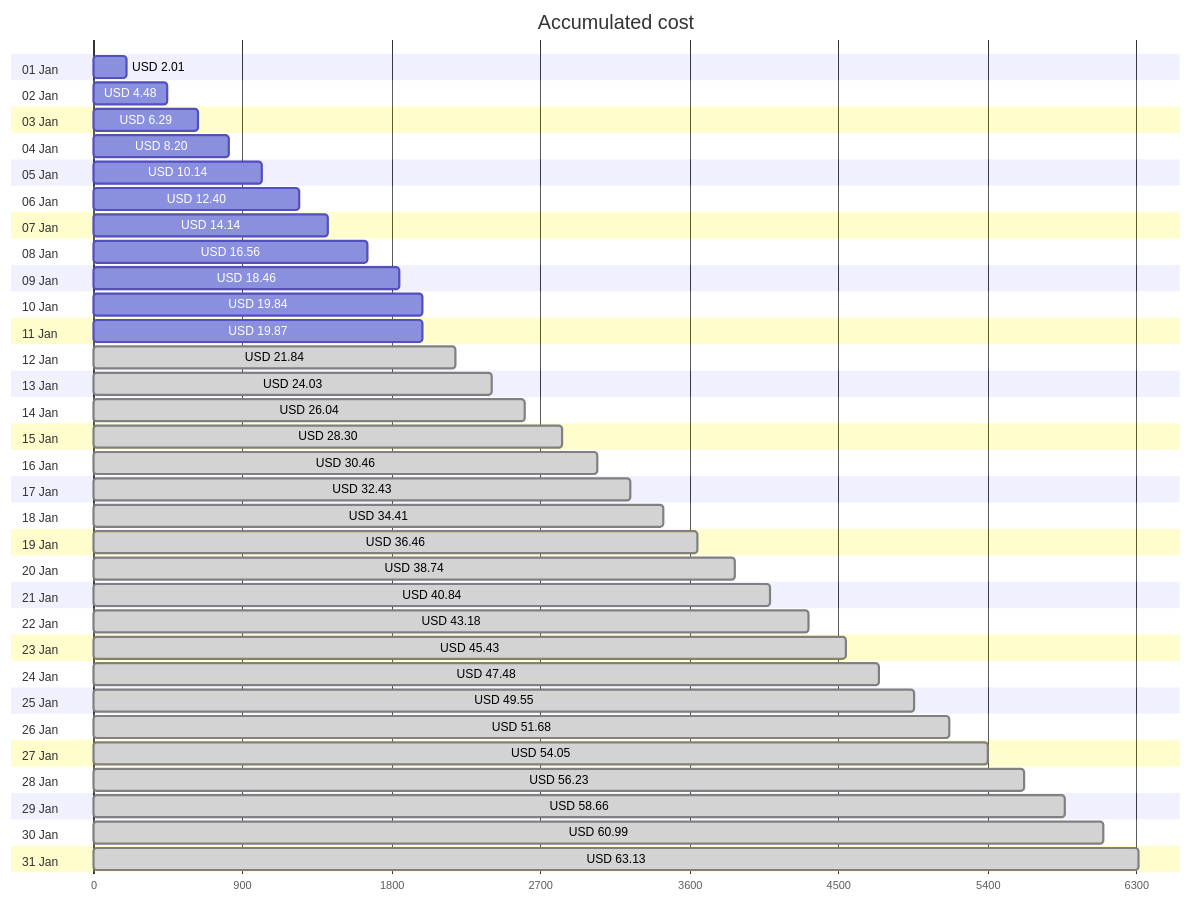
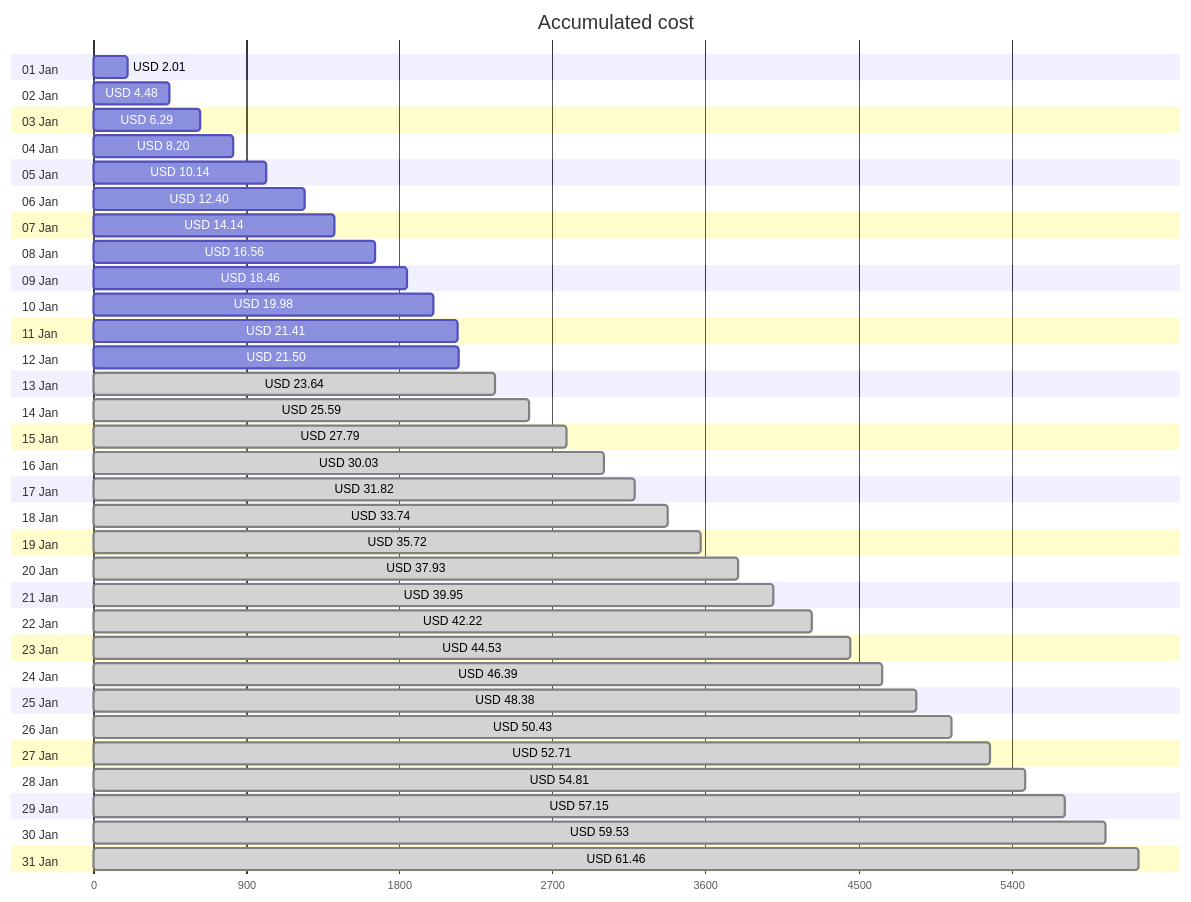
The first of 4 diagrams in cost-reports/personal-network/README.md (jpfulton/azure-personal-reports), drawn with Mermaid before and after one commit. The commit also changed other lines of this file and 8 other files, not shown here.

````diff
--- a/cost-reports/personal-network/README.md
+++ b/cost-reports/personal-network/README.md
@@ -20,68 +20,68 @@
 ```mermaid
 gantt
    title Accumulated cost
    dateFormat  X
    axisFormat %s
    section 01 Jan
    USD 2.01 :0, 201
    section 02 Jan
    USD 4.48 :0, 448
    section 03 Jan
    USD 6.29 :0, 629
    section 04 Jan
    USD 8.20 :0, 820
    section 05 Jan
    USD 10.14 :0, 1014
    section 06 Jan
    USD 12.40 :0, 1240
    section 07 Jan
    USD 14.14 :0, 1414
    section 08 Jan
    USD 16.56 :0, 1656
    section 09 Jan
    USD 18.46 :0, 1846
    section 10 Jan
-   USD 19.84 :0, 1984
+   USD 19.98 :0, 1998
    section 11 Jan
-   USD 19.87 :0, 1987
+   USD 21.41 :0, 2141
    section 12 Jan
-   USD 21.84 : done, 0, 2184
+   USD 21.50 :0, 2150
    section 13 Jan
-   USD 24.03 : done, 0, 2403
+   USD 23.64 : done, 0, 2364
    section 14 Jan
-   USD 26.04 : done, 0, 2604
+   USD 25.59 : done, 0, 2559
    section 15 Jan
-   USD 28.30 : done, 0, 2830
+   USD 27.79 : done, 0, 2779
    section 16 Jan
-   USD 30.46 : done, 0, 3046
+   USD 30.03 : done, 0, 3003
    section 17 Jan
-   USD 32.43 : done, 0, 3243
+   USD 31.82 : done, 0, 3182
    section 18 Jan
-   USD 34.41 : done, 0, 3441
+   USD 33.74 : done, 0, 3374
    section 19 Jan
-   USD 36.46 : done, 0, 3646
+   USD 35.72 : done, 0, 3572
    section 20 Jan
-   USD 38.74 : done, 0, 3874
+   USD 37.93 : done, 0, 3793
    section 21 Jan
-   USD 40.84 : done, 0, 4084
+   USD 39.95 : done, 0, 3995
    section 22 Jan
-   USD 43.18 : done, 0, 4318
+   USD 42.22 : done, 0, 4222
    section 23 Jan
-   USD 45.43 : done, 0, 4543
+   USD 44.53 : done, 0, 4453
    section 24 Jan
-   USD 47.48 : done, 0, 4748
+   USD 46.39 : done, 0, 4639
    section 25 Jan
-   USD 49.55 : done, 0, 4955
+   USD 48.38 : done, 0, 4838
    section 26 Jan
-   USD 51.68 : done, 0, 5168
+   USD 50.43 : done, 0, 5043
    section 27 Jan
-   USD 54.05 : done, 0, 5405
+   USD 52.71 : done, 0, 5271
    section 28 Jan
-   USD 56.23 : done, 0, 5623
+   USD 54.81 : done, 0, 5481
    section 29 Jan
-   USD 58.66 : done, 0, 5866
+   USD 57.15 : done, 0, 5715
    section 30 Jan
-   USD 60.99 : done, 0, 6099
+   USD 59.53 : done, 0, 5953
    section 31 Jan
-   USD 63.13 : done, 0, 6313
+   USD 61.46 : done, 0, 6146
 ```
````
